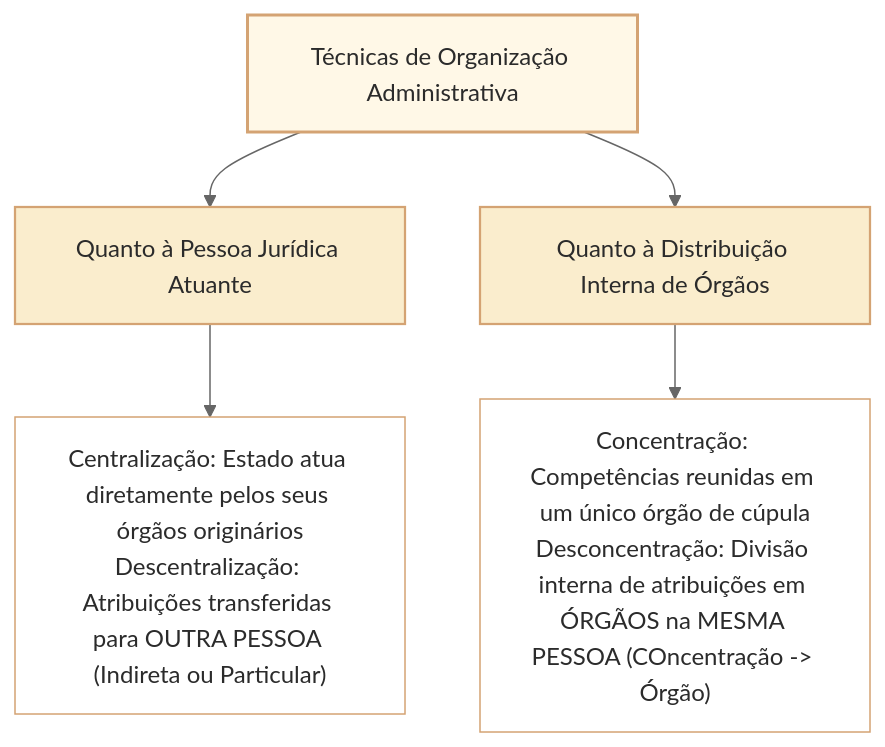
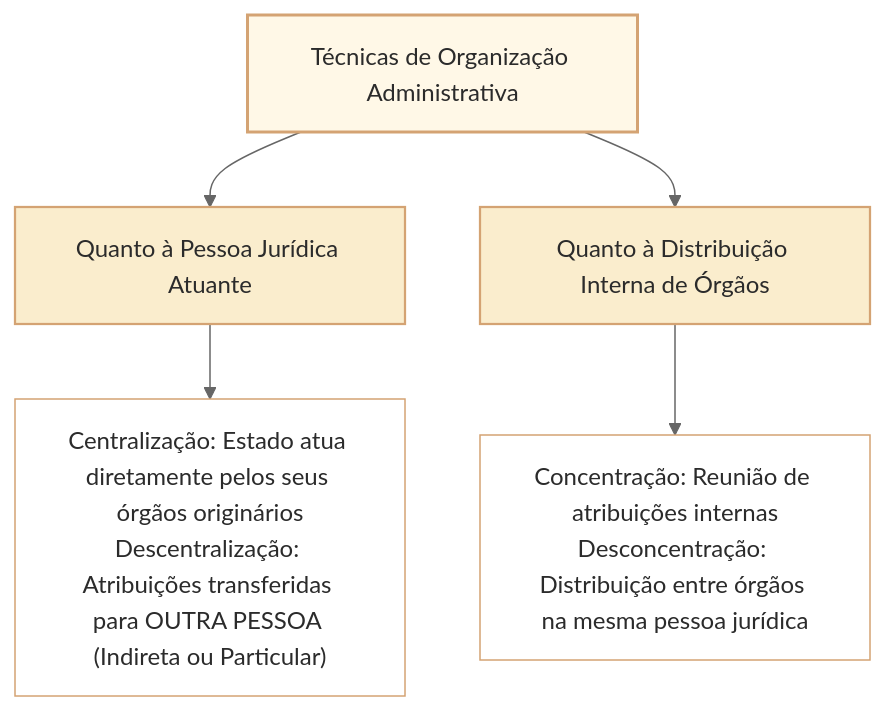
Before and after one commit to leorruas/concursos: the diagram in 3 - Materias/Direito Administrativo/13 - centralizacao descentralizacao concentracao e desconcentracao.md, drawn with Mermaid (neutral theme). The commit also changed other lines of this file and 3 other files, not shown here.

````diff
--- a/3 - Materias/Direito Administrativo/13 - centralizacao descentralizacao concentracao e desconcentracao.md
+++ b/3 - Materias/Direito Administrativo/13 - centralizacao descentralizacao concentracao e desconcentracao.md
@@ -29,12 +29,12 @@
 ```mermaid
 graph TD
     classDef raiz fill:#fff8e7,stroke:#d4a373,stroke-width:2px,color:#2b2b2b;
     classDef criterio fill:#faedcd,stroke:#d4a373,stroke-width:1.5px,color:#2b2b2b;
     classDef opcao fill:#ffffff,stroke:#d4a373,stroke-width:1px,color:#2b2b2b;
 
     R["Técnicas de Organização Administrativa"]:::raiz --> C1["Quanto à Pessoa Jurídica Atuante"]:::criterio
     R --> C2["Quanto à Distribuição Interna de Órgãos"]:::criterio
 
     C1 --> O1["Centralização: Estado atua diretamente pelos seus órgãos originários<br/>Descentralização: Atribuições transferidas para OUTRA PESSOA (Indireta ou Particular)"]:::opcao
-    C2 --> O2["Concentração: Competências reunidas em um único órgão de cúpula<br/>Desconcentração: Divisão interna de atribuições em ÓRGÃOS na MESMA PESSOA (COncentração -> Órgão)"]:::opcao
+    C2 --> O2["Concentração: Reunião de atribuições internas<br/>Desconcentração: Distribuição entre órgãos na mesma pessoa jurídica"]:::opcao
 ```
````
